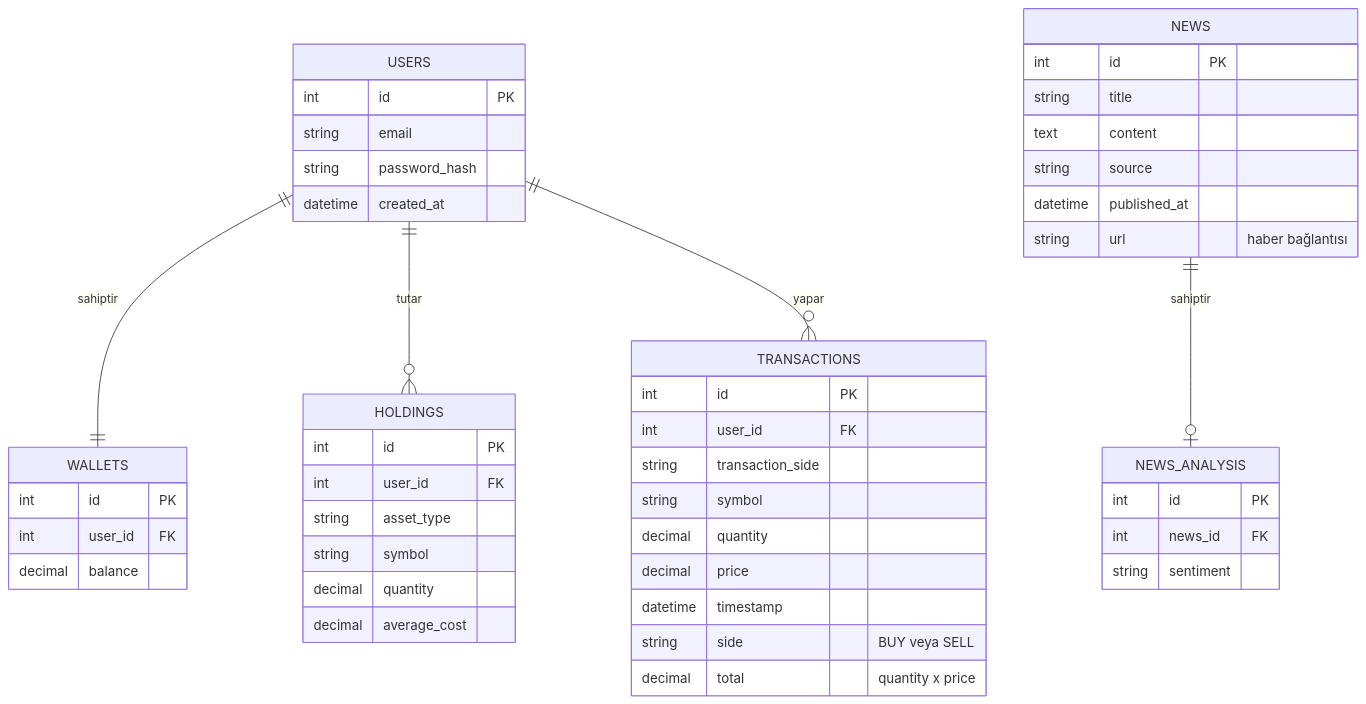
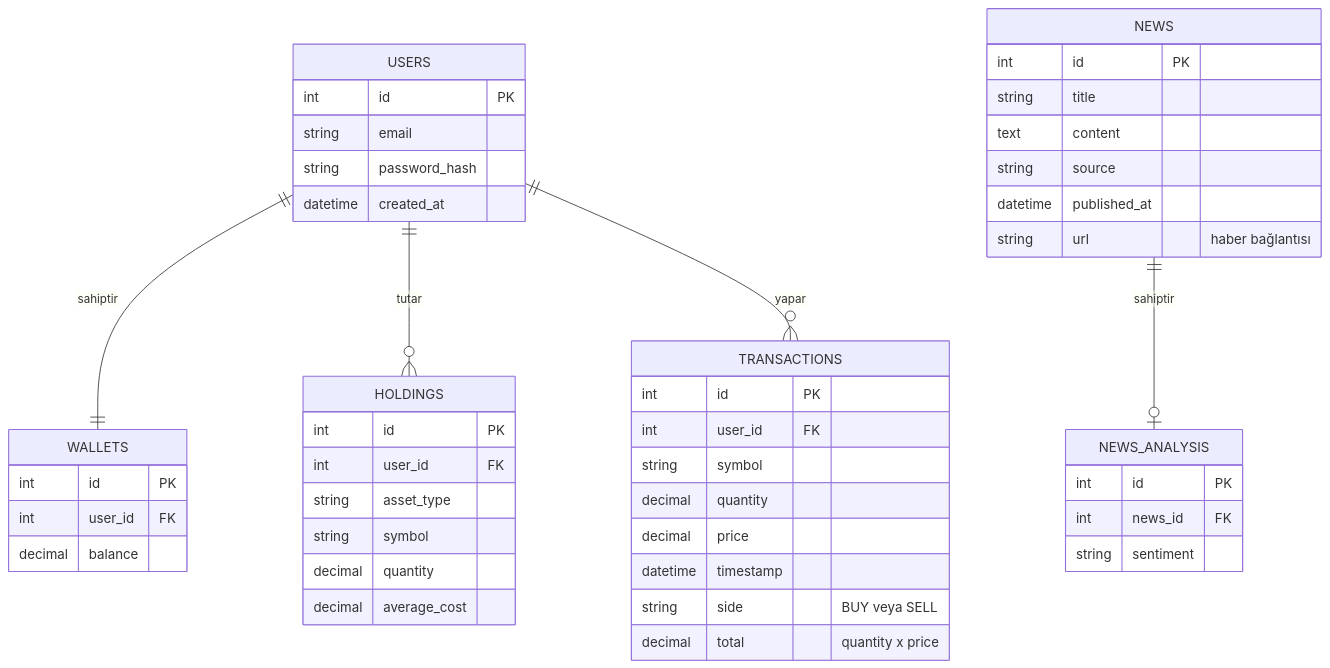
The diagram in docs/architecture/erd.md (BM321-2026-Guz/SimulInvest), drawn with Mermaid before and after one commit. The commit also changed other lines of this file, not shown here.

First line of the commit message:
ERD OpenAPI İLE uyumlu hale getirildi

````diff
--- a/docs/architecture/erd.md
+++ b/docs/architecture/erd.md
@@ -3,56 +3,55 @@
 ```mermaid
 erDiagram
     USERS ||--|| WALLETS : "sahiptir"
     USERS ||--o{ HOLDINGS : "tutar"
     USERS ||--o{ TRANSACTIONS : "yapar"
     NEWS ||--o| NEWS_ANALYSIS : "sahiptir"
 
     USERS {
         int id PK
         string email
         string password_hash
         datetime created_at
     }
 
     WALLETS {
         int id PK
         int user_id FK
         decimal balance
     }
 
     HOLDINGS {
         int id PK
         int user_id FK
         string asset_type
         string symbol
         decimal quantity
         decimal average_cost
     }
 
     TRANSACTIONS {
         int id PK
         int user_id FK
-        string transaction_side
         string symbol
         decimal quantity
         decimal price
         datetime timestamp
         string side "BUY veya SELL"
         decimal total "quantity x price"
     }
 
     NEWS {
         int id PK
         string title
         text content
         string source
         datetime published_at
         string url "haber bağlantısı"
     }
 
     NEWS_ANALYSIS {
         int id PK
         int news_id FK
         string sentiment
     }
 ```
````
